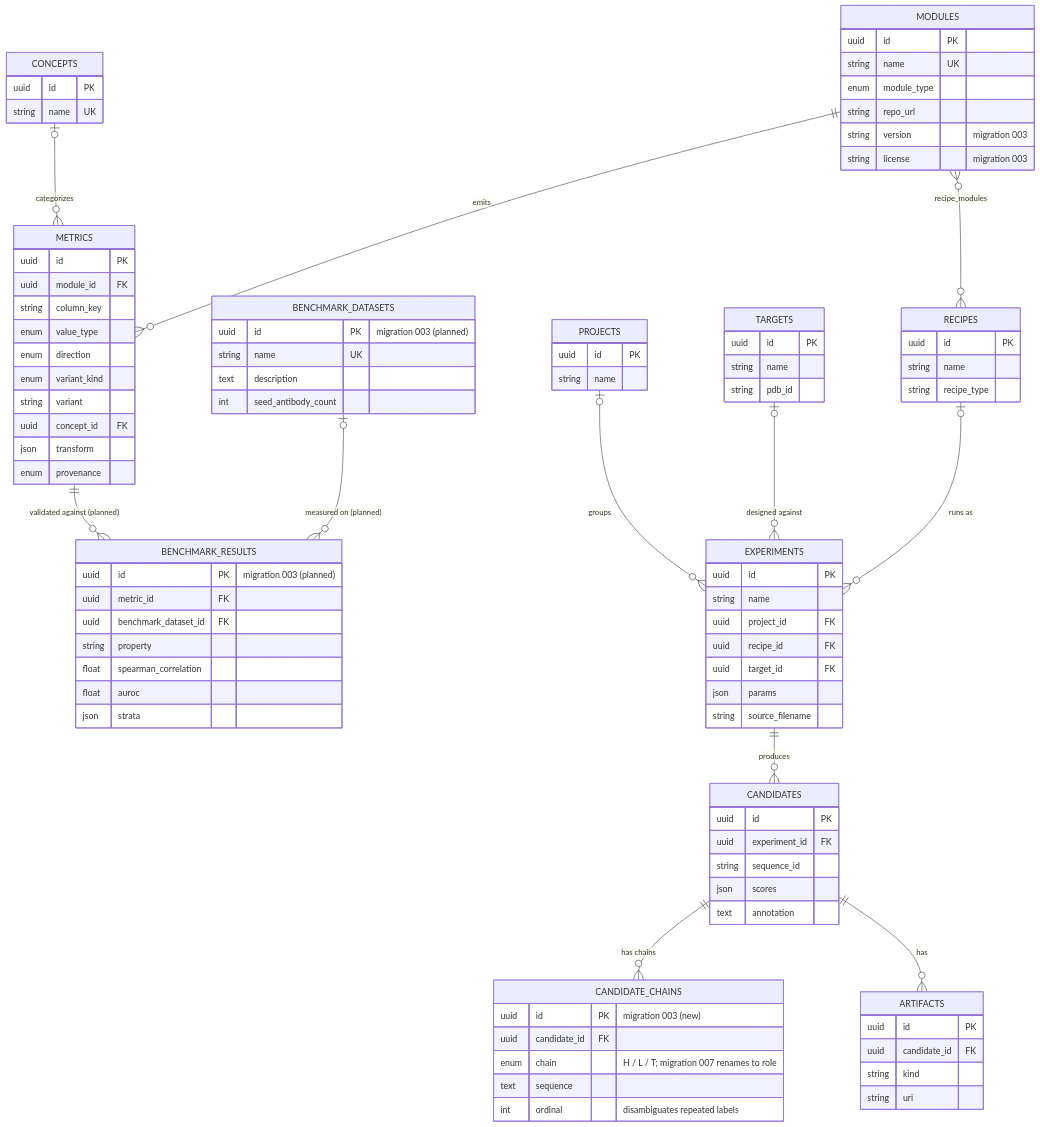
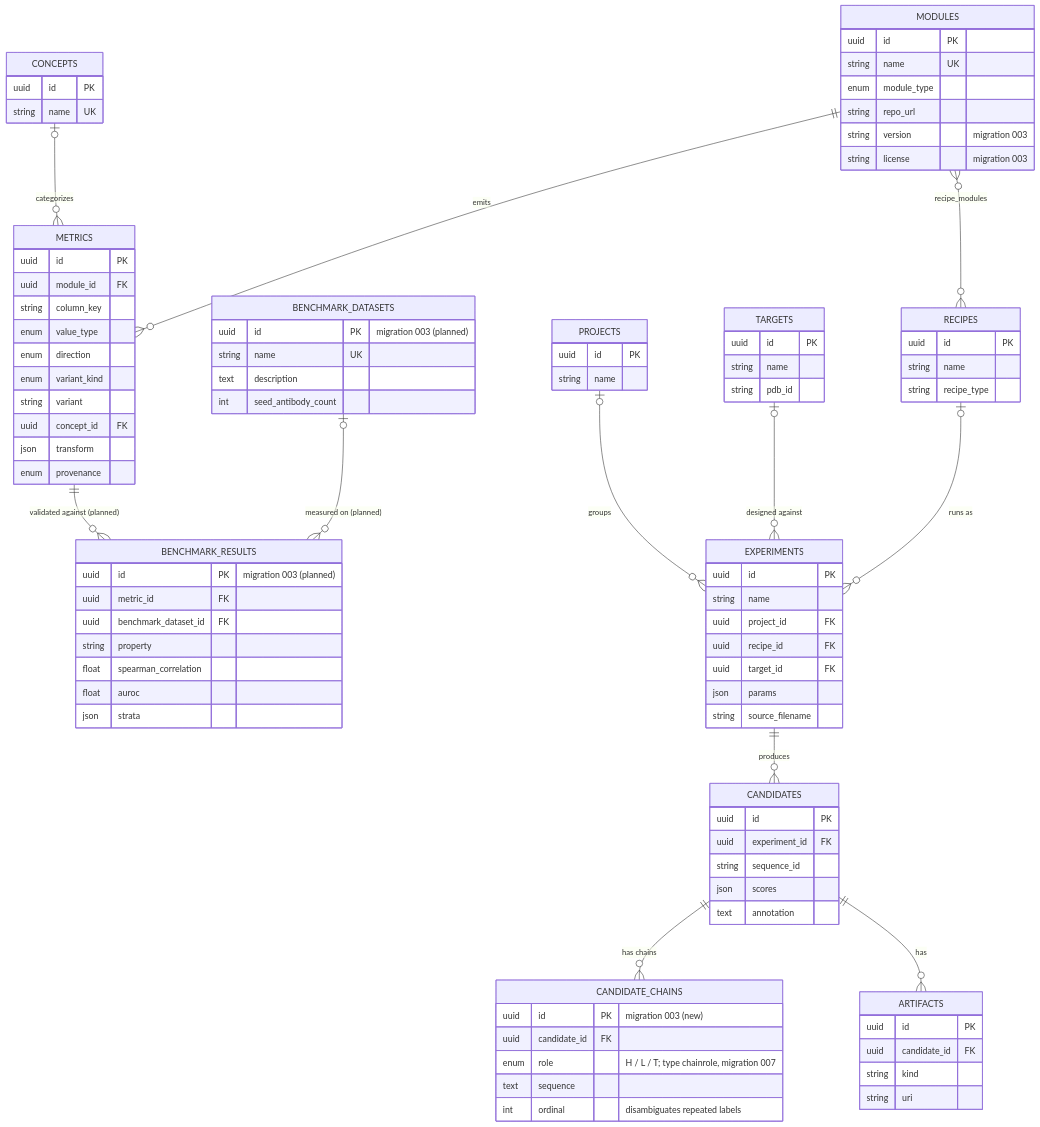
The first of 2 diagrams in docs/schema-erd.md (RyanShinra/AffinityLog), drawn with Mermaid before and after one commit. The commit also changed other lines of this file and 4 other files, not shown here.

```diff
--- a/docs/schema-erd.md
+++ b/docs/schema-erd.md
@@ -91,7 +91,7 @@
   CANDIDATE_CHAINS {
     uuid id PK "migration 003 (new)"
     uuid candidate_id FK
-    enum chain "H / L / T; migration 007 renames to role"
+    enum role "H / L / T; type chainrole, migration 007"
     text sequence
     int ordinal "disambiguates repeated labels"
   }
```
